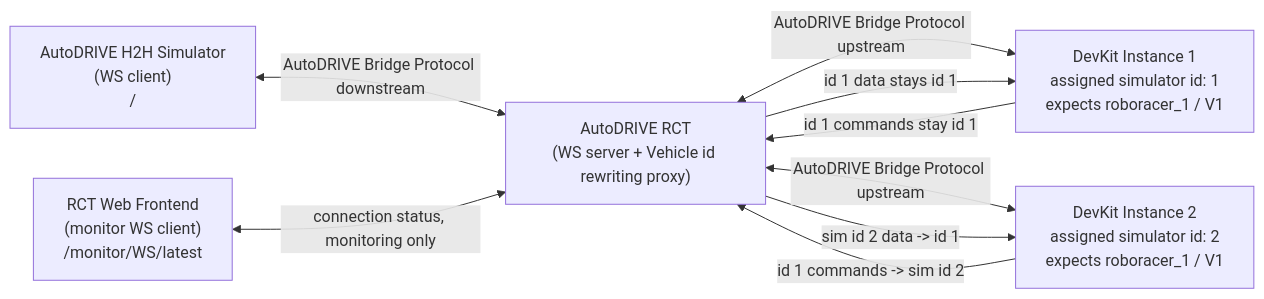
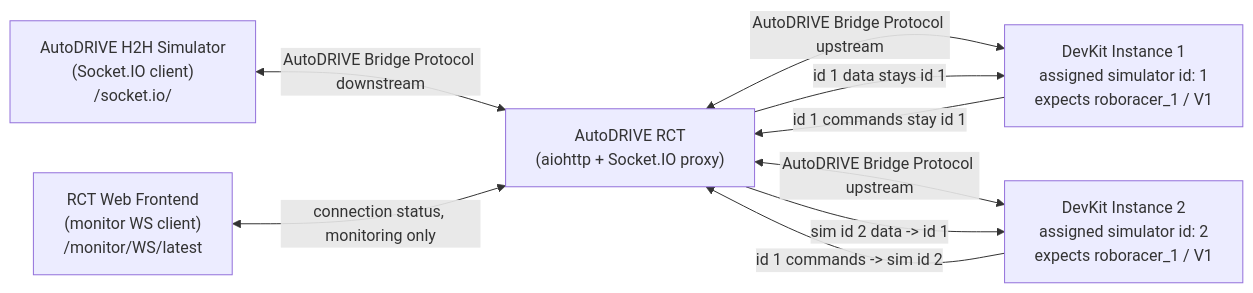
One commit to jooncheol/AutoDRIVE-Race-Control-Tower changed the first of 2 diagrams in README.md. Above: the diagram before and after it, drawn with Mermaid. The commit also changed other lines of this file and 7 other files, not shown here.

Commit message:
apply aio http + socket io for proxy

````diff
--- a/README.md
+++ b/README.md
@@ -7,18 +7,18 @@
 ```mermaid
 flowchart LR
-    sim["AutoDRIVE H2H Simulator<br/>(WS client)<br/>/"]
-    rct["AutoDRIVE RCT<br/>(WS server + Vehicle id rewriting proxy)"]
+    sim["AutoDRIVE H2H Simulator<br/>(Socket.IO client)<br/>/socket.io/"]
+    rct["AutoDRIVE RCT<br/>(aiohttp + Socket.IO proxy)"]
     ui["RCT Web Frontend<br/>(monitor WS client)<br/>/monitor/WS/latest"]
     dk1["DevKit Instance 1<br/>assigned simulator id: 1<br/>expects roboracer_1 / V1"]
     dk2["DevKit Instance 2<br/>assigned simulator id: 2<br/>expects roboracer_1 / V1"]
 
     sim <-->|"AutoDRIVE Bridge Protocol downstream"| rct
     ui <-->|"connection status, monitoring only"| rct
     rct <-->|"AutoDRIVE Bridge Protocol upstream"| dk1
     rct <-->|"AutoDRIVE Bridge Protocol upstream"| dk2
 
     rct -->|"id 1 data stays id 1"| dk1
     dk1 -->|"id 1 commands stay id 1"| rct
     rct -->|"sim id 2 data -> id 1"| dk2
     dk2 -->|"id 1 commands -> sim id 2"| rct
 ```
````
